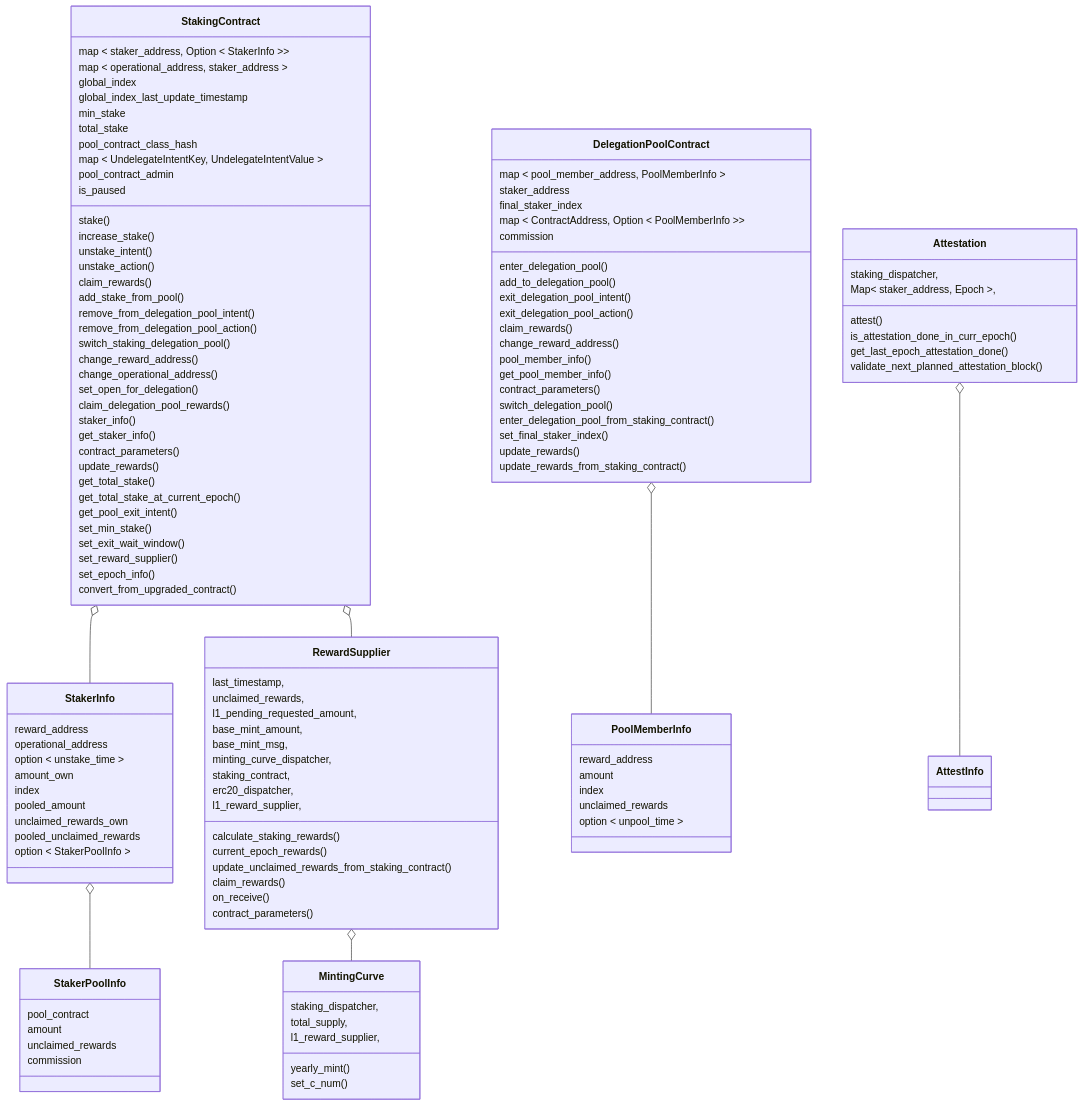
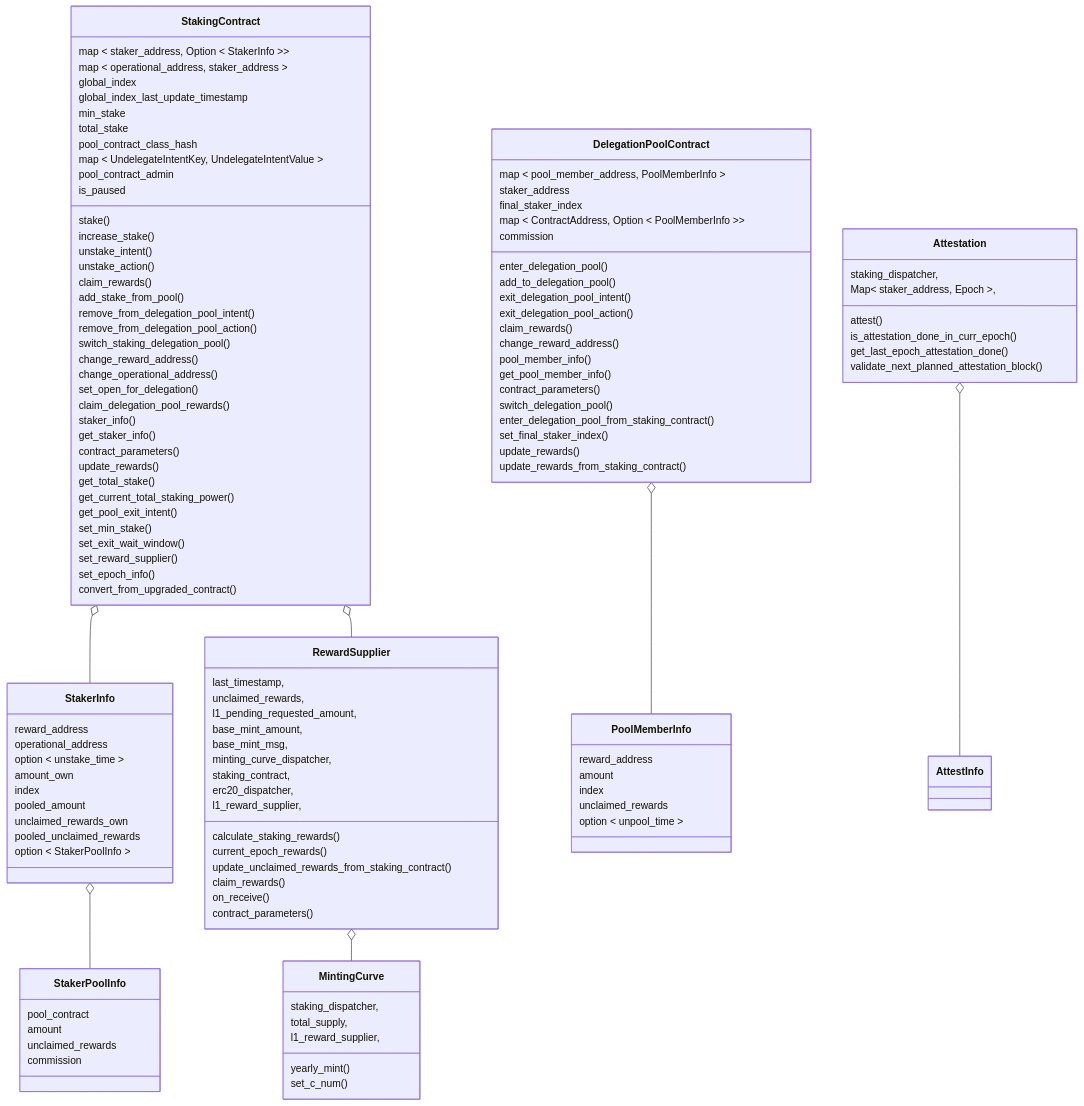
The first of 8 diagrams in workspace/apps/staking/docs/spec.md (starkware-libs/starknet-staking), drawn with Mermaid before and after one commit. The commit also changed other lines of this file and 3 other files, not shown here.

Commit message:
fix(staking): rename total stake at curr epoch (#3467)

```diff
--- a/workspace/apps/staking/docs/spec.md
+++ b/workspace/apps/staking/docs/spec.md
@@ -219,7 +219,7 @@
     contract_parameters()
     update_rewards()
     get_total_stake()
-    get_total_stake_at_current_epoch()
+    get_current_total_staking_power()
     get_pool_exit_intent()
     set_min_stake()
     set_exit_wait_window()
```
